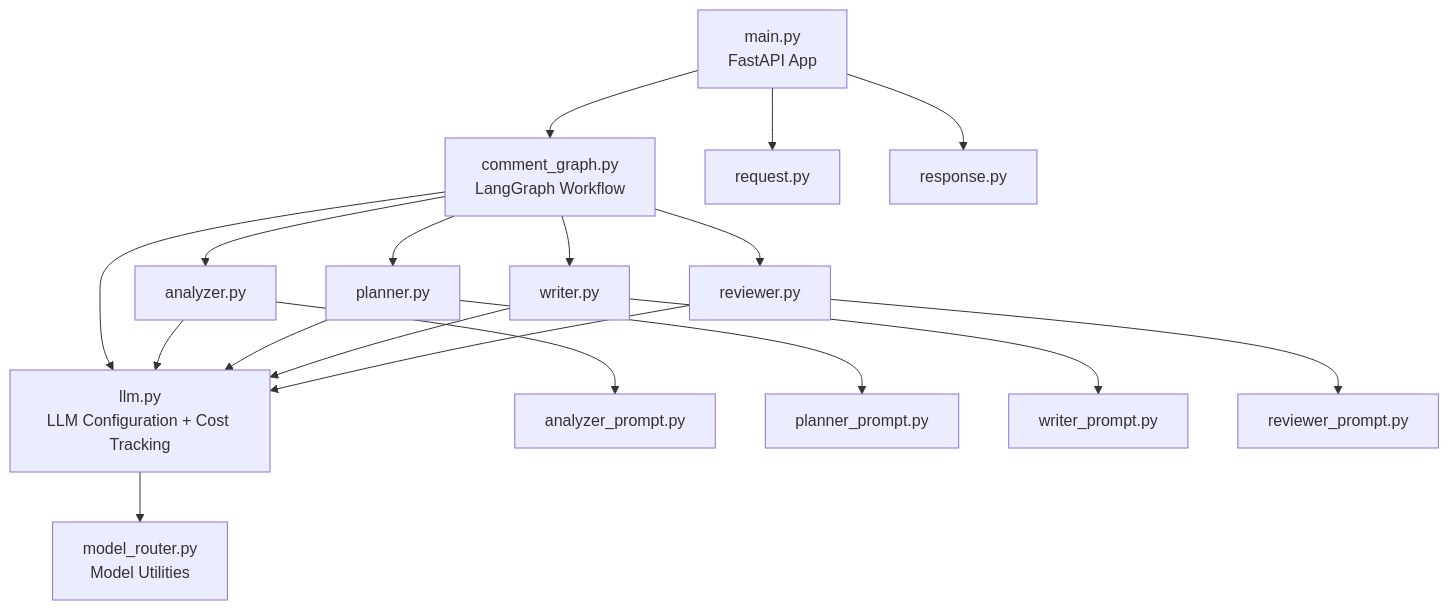
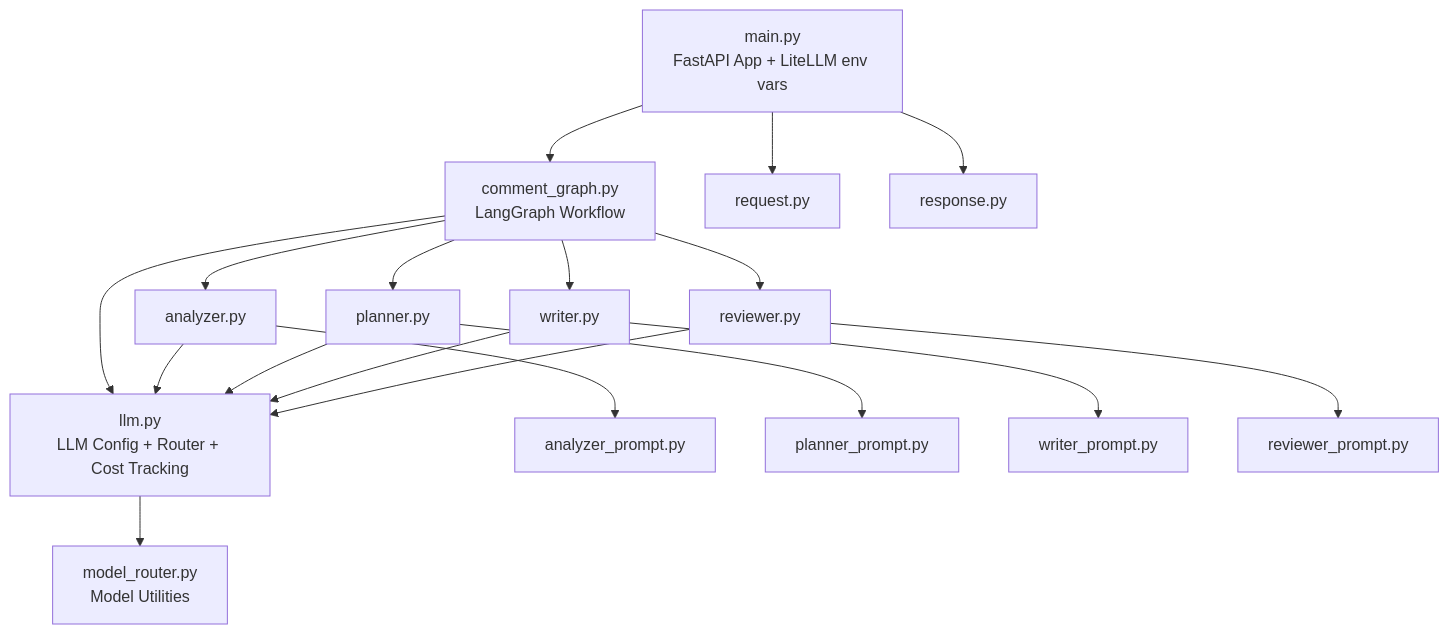
One commit to himanshu231204/linkedin-ai-comment-copilot changed the seventh of 10 diagrams in doc/ARCHITECTURE.md. Above: the diagram before and after it, drawn with Mermaid. The commit also changed other lines of this file and 4 other files, not shown here.

````diff
--- a/doc/ARCHITECTURE.md
+++ b/doc/ARCHITECTURE.md
@@ -244,38 +292,38 @@
 ```mermaid
 graph TD
-    MAIN["main.py<br/>FastAPI App"]
+    MAIN["main.py<br/>FastAPI App + LiteLLM env vars"]
     GRAPH["comment_graph.py<br/>LangGraph Workflow"]
-    LLM["llm.py<br/>LLM Configuration + Cost Tracking"]
+    LLM["llm.py<br/>LLM Config + Router + Cost Tracking"]
     ROUTER["model_router.py<br/>Model Utilities"]
 
     AN["analyzer.py"]
     PL["planner.py"]
     WR["writer.py"]
     RV["reviewer.py"]
 
     AP["analyzer_prompt.py"]
     PP["planner_prompt.py"]
     WP["writer_prompt.py"]
     RP["reviewer_prompt.py"]
 
     REQ["request.py"]
     RES["response.py"]
 
     MAIN --> GRAPH
     MAIN --> REQ
     MAIN --> RES
     GRAPH --> AN
     GRAPH --> PL
     GRAPH --> WR
     GRAPH --> RV
     GRAPH --> LLM
     AN --> LLM
     AN --> AP
     PL --> LLM
     PL --> PP
     WR --> LLM
     WR --> WP
     RV --> LLM
     RV --> RP
     LLM --> ROUTER
 ```
````
